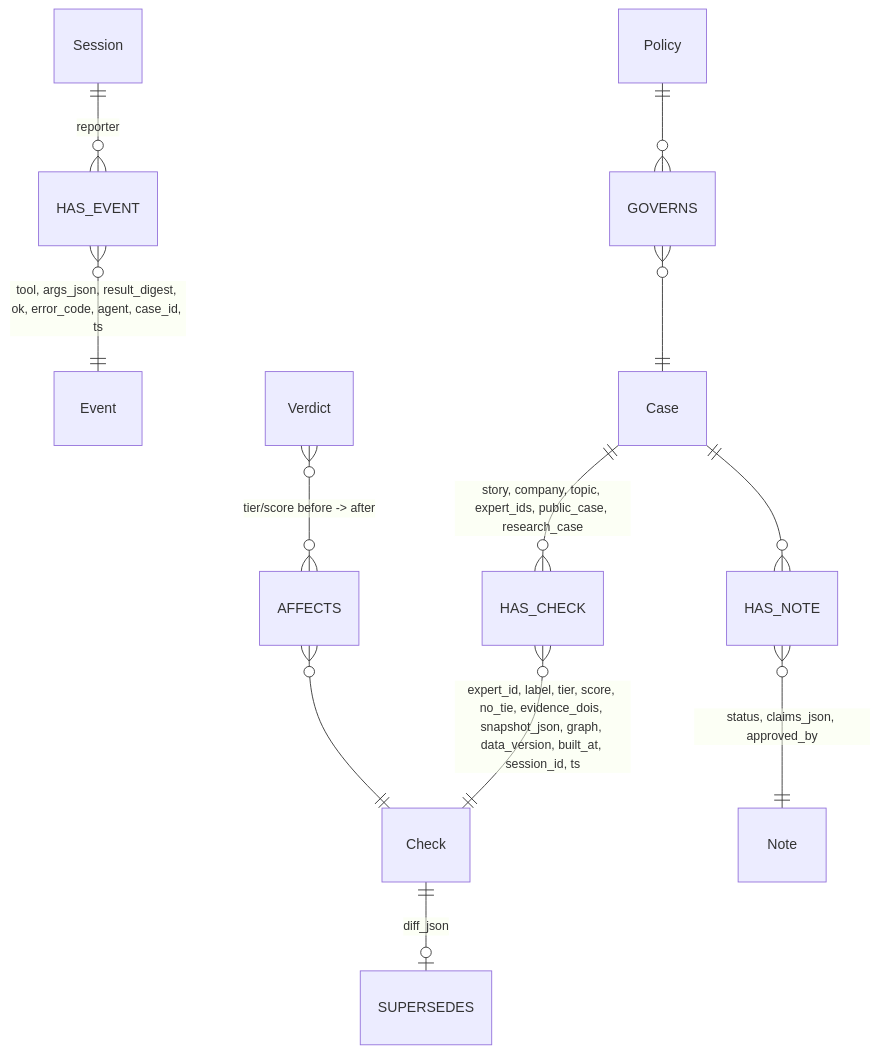
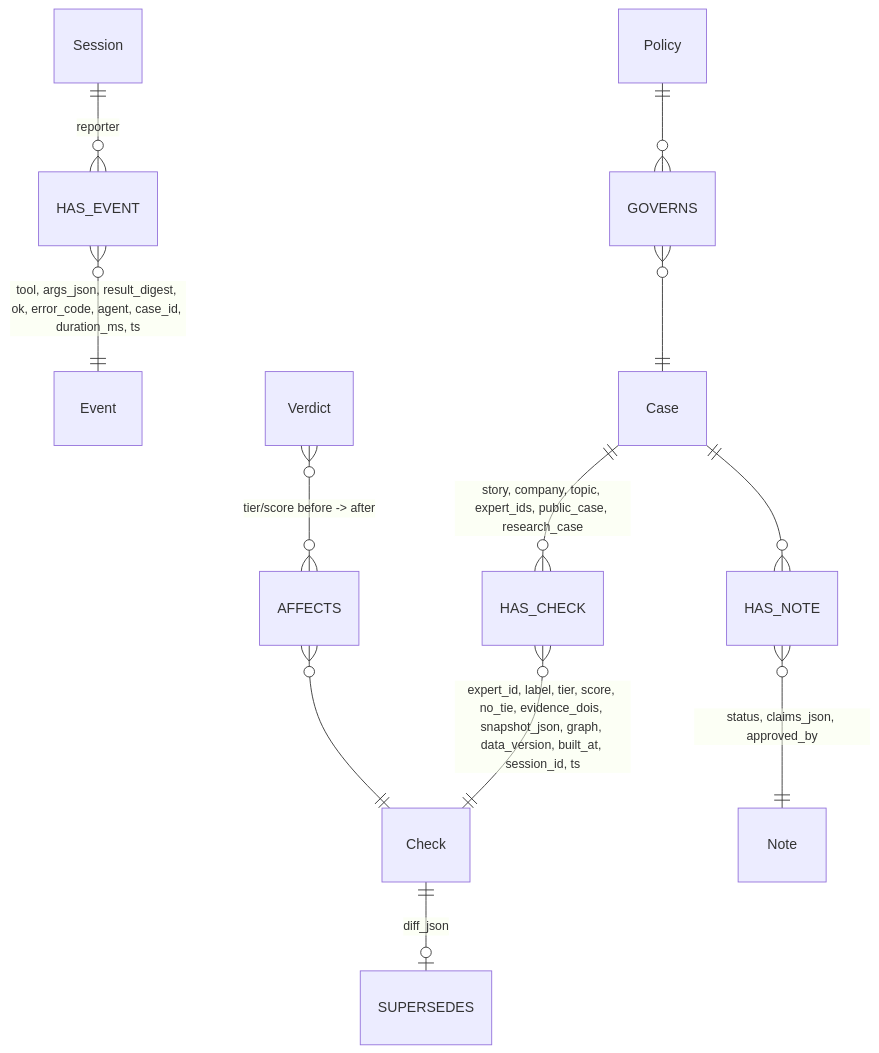
Before and after one commit to Aaryan-Degama/TieTrace: the third of 5 diagrams in docs/mcp-spec.md, drawn with Mermaid. The commit also changed other lines of this file and 13 other files, not shown here.

````diff
--- a/docs/mcp-spec.md
+++ b/docs/mcp-spec.md
@@ -108,14 +108,14 @@
 ```mermaid
 erDiagram
   Session ||--o{ HAS_EVENT : "reporter"
-  HAS_EVENT }o--|| Event : "tool, args_json, result_digest, ok, error_code, agent, case_id, ts"
+  HAS_EVENT }o--|| Event : "tool, args_json, result_digest, ok, error_code, agent, case_id, duration_ms, ts"
   Case ||--o{ HAS_CHECK : "story, company, topic, expert_ids, public_case, research_case"
   HAS_CHECK }o--|| Check : "expert_id, label, tier, score, no_tie, evidence_dois, snapshot_json, graph, data_version, built_at, session_id, ts"
   Check ||--o| SUPERSEDES : "diff_json"
   Verdict }o--o{ AFFECTS : "tier/score before -> after"
   AFFECTS }o--|| Check : ""
   Case ||--o{ HAS_NOTE : ""
   HAS_NOTE }o--|| Note : "status, claims_json, approved_by"
   Policy ||--o{ GOVERNS : ""
   GOVERNS }o--|| Case : ""
 ```
````
